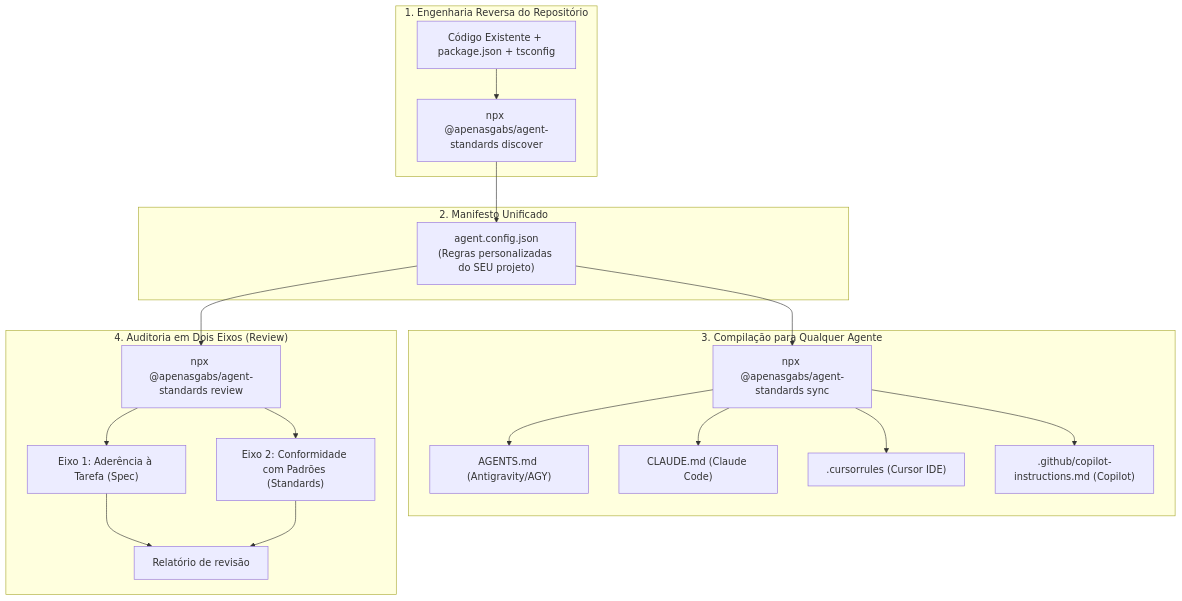
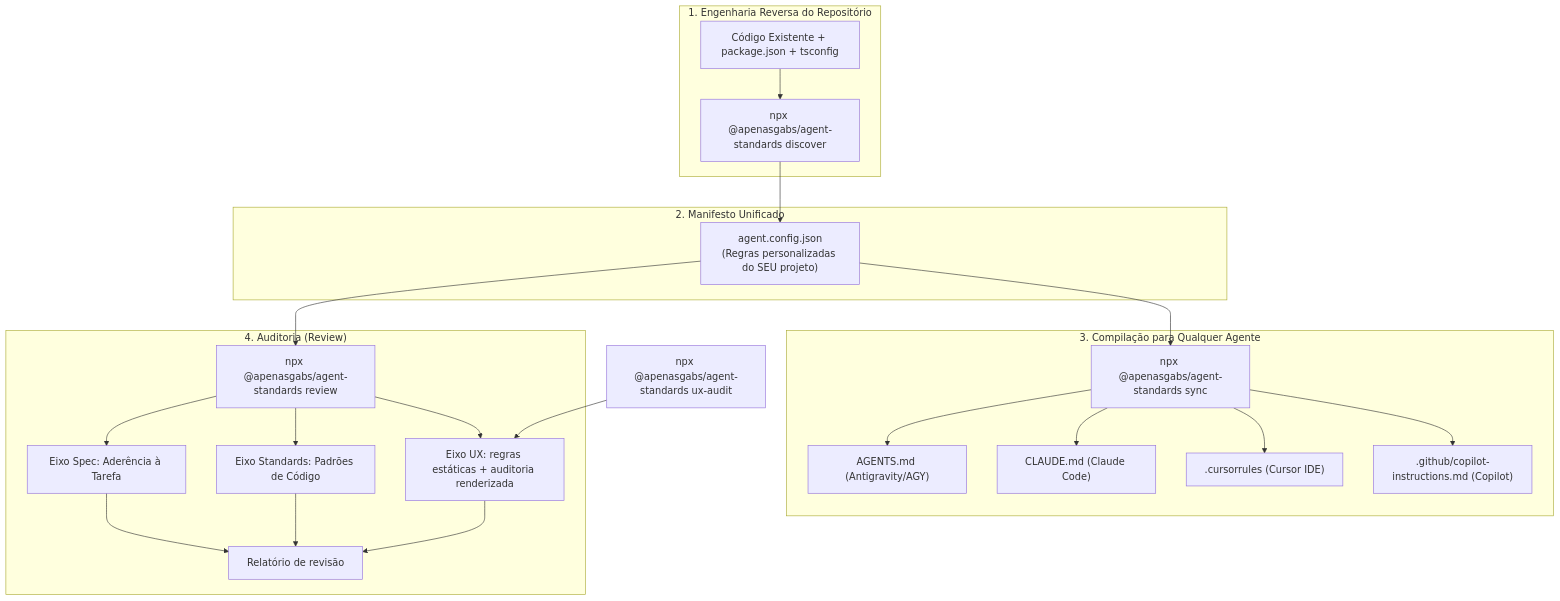
The diagram in README.md (ApenasGabs/agent-standards), drawn with Mermaid before and after one commit. The commit also changed other lines of this file and 3 other files, not shown here.

Commit message:
docs(ux): skill ux-reviewer, seção Eixo UX no README e .ux-review no gitignore (Refs #9)

````diff
--- a/README.md
+++ b/README.md
@@ -32,40 +32,46 @@
 ```mermaid
 flowchart TD
     subgraph INPUT ["1. Engenharia Reversa do Repositório"]
         Repo["Código Existente + package.json + tsconfig"]
         Discover["npx @apenasgabs/agent-standards discover"]
     end
 
     subgraph CONFIG ["2. Manifesto Unificado"]
         Config["agent.config.json<br/>(Regras personalizadas do SEU projeto)"]
     end
 
     subgraph OUTPUT ["3. Compilação para Qualquer Agente"]
         Sync["npx @apenasgabs/agent-standards sync"]
         AGY["AGENTS.md (Antigravity/AGY)"]
         Claude["CLAUDE.md (Claude Code)"]
         Cursor[".cursorrules (Cursor IDE)"]
         Copilot[".github/copilot-instructions.md (Copilot)"]
     end
 
-    subgraph REVIEW ["4. Auditoria em Dois Eixos (Review)"]
+    subgraph REVIEW ["4. Auditoria (Review)"]
         ReviewCmd["npx @apenasgabs/agent-standards review"]
-        SpecAxis["Eixo 1: Aderência à Tarefa (Spec)"]
-        StandardsAxis["Eixo 2: Conformidade com Padrões (Standards)"]
+        SpecAxis["Eixo Spec: Aderência à Tarefa"]
+        StandardsAxis["Eixo Standards: Padrões de Código"]
+        UxAxis["Eixo UX: regras estáticas + auditoria renderizada"]
         Report["Relatório de revisão"]
     end
+
+    UxAudit["npx @apenasgabs/agent-standards ux-audit"]
 
     Repo --> Discover
     Discover --> Config
     Config --> Sync
     Sync --> AGY
     Sync --> Claude
     Sync --> Cursor
     Sync --> Copilot
 
     Config --> ReviewCmd
     ReviewCmd --> SpecAxis
     ReviewCmd --> StandardsAxis
+    ReviewCmd --> UxAxis
+    UxAudit --> UxAxis
     SpecAxis --> Report
     StandardsAxis --> Report
+    UxAxis --> Report
 ```
````
